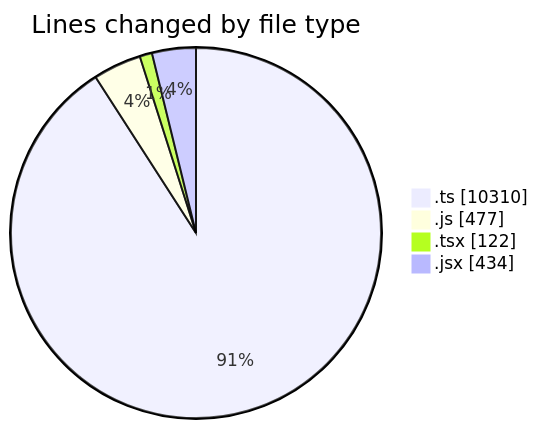
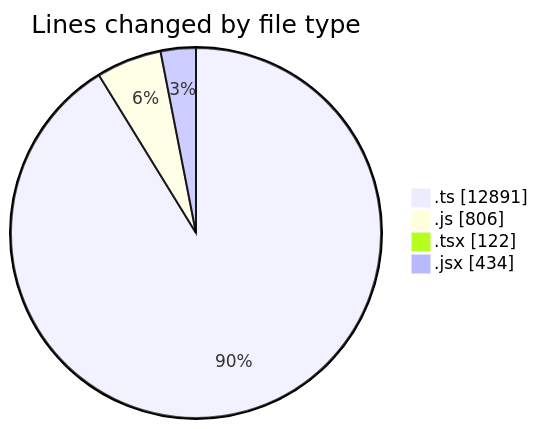
The first of 2 diagrams in 2025-11-12/cda/README.md (momahboobian/code-tracking), drawn with Mermaid before and after one commit. The commit also changed other lines of this file and 1 other file, not shown here.

````diff
--- a/2025-11-12/cda/README.md
+++ b/2025-11-12/cda/README.md
@@ -31,8 +32,8 @@
 ```mermaid
 pie showData
 title Lines changed by file type
-".ts" : 10310
-".js" : 477
+".ts" : 12891
+".js" : 806
 ".tsx" : 122
 ".jsx" : 434
 ```
````
